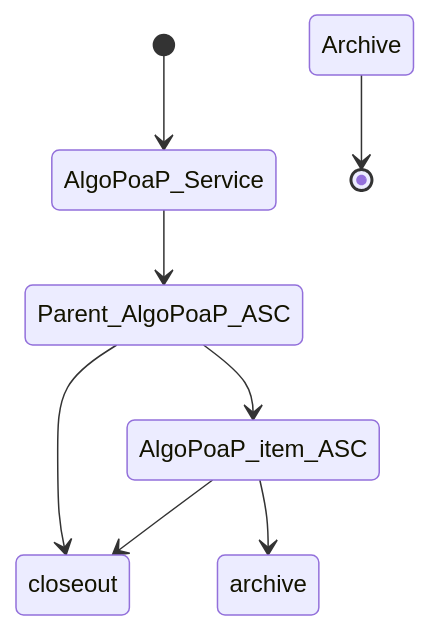
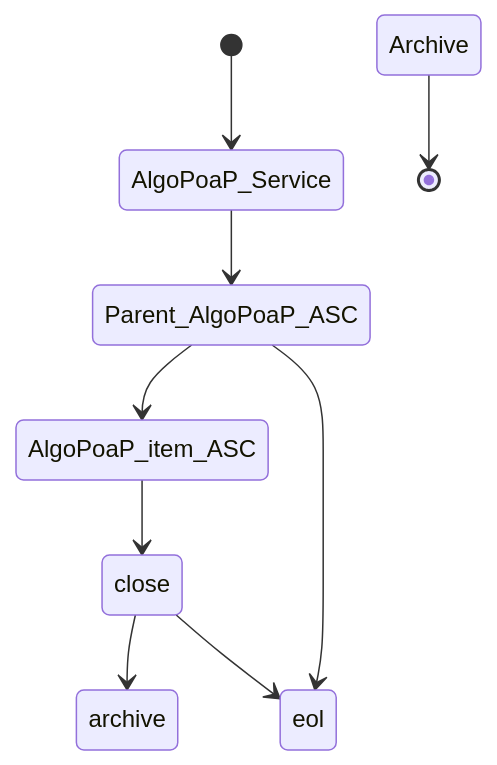
The fifth of 10 diagrams in profile/README.md (GoPlausible/.github), drawn with Mermaid before and after one commit.

````diff
--- a/profile/README.md
+++ b/profile/README.md
@@ -178,10 +178,11 @@
 ```mermaid
   stateDiagram-v2
     [*] --> AlgoPoaP_Service
     AlgoPoaP_Service --> Parent_AlgoPoaP_ASC
     Parent_AlgoPoaP_ASC --> AlgoPoaP_item_ASC
-    AlgoPoaP_item_ASC --> closeout
-    Parent_AlgoPoaP_ASC --> closeout
-    AlgoPoaP_item_ASC --> archive
+    AlgoPoaP_item_ASC --> close
+    Parent_AlgoPoaP_ASC --> eol
+    close --> archive
+    close --> eol
     Archive --> [*]
 ```
````
